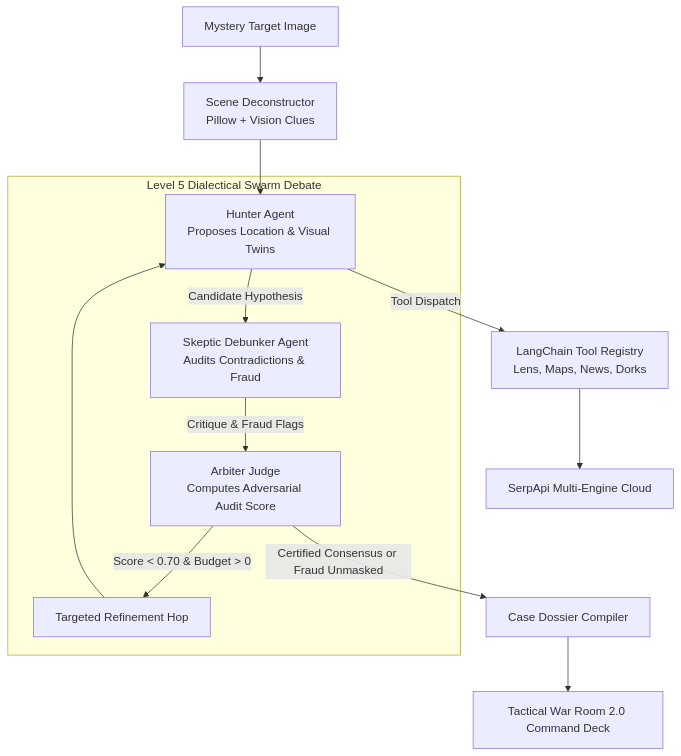
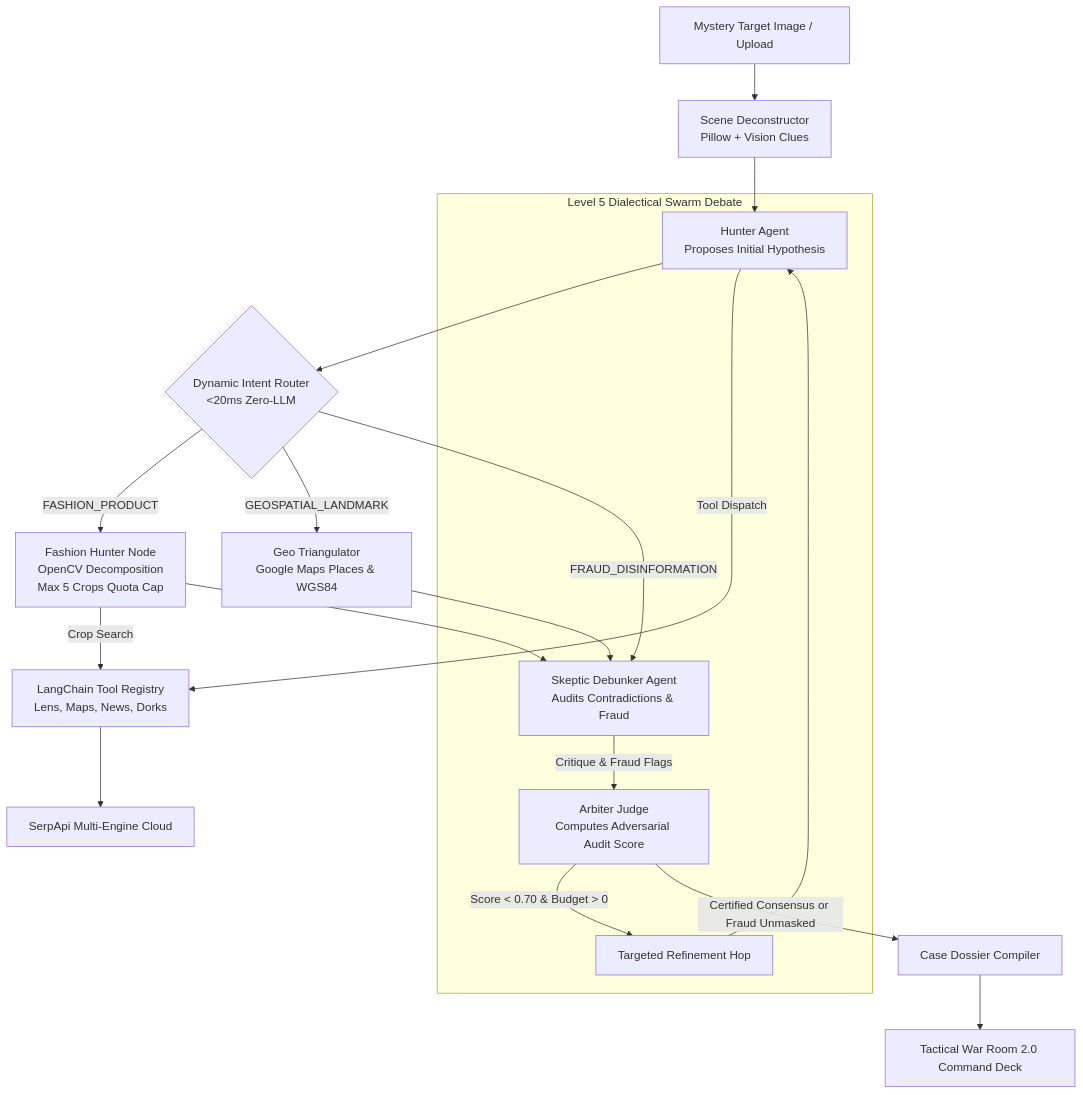
Before and after one commit to Siddhant75/TerraSleuth: the diagram in README.md, drawn with Mermaid. The commit also changed other lines of this file and 10 other files, not shown here.

````diff
--- a/README.md
+++ b/README.md
@@ -74,18 +79,26 @@
 ```mermaid
 graph TD
-    Input[Mystery Target Image] --> Deconstruct[Scene Deconstructor<br>Pillow + Vision Clues]
-    Deconstruct --> Hunter[Hunter Agent<br>Proposes Location & Visual Twins]
+    Input[Mystery Target Image / Upload] --> Deconstruct[Scene Deconstructor<br>Pillow + Vision Clues]
+    Deconstruct --> Hunter[Hunter Agent<br>Proposes Initial Hypothesis]
+    
+    Hunter --> IntentCheck{"Dynamic Intent Router<br>&lt;20ms Zero-LLM"}
+    IntentCheck -->|FASHION_PRODUCT| FashionHunter[Fashion Hunter Node<br>OpenCV Decomposition<br>Max 5 Crops Quota Cap]
+    IntentCheck -->|GEOSPATIAL_LANDMARK| GeoTriangulator[Geo Triangulator<br>Google Maps Places & WGS84]
+    IntentCheck -->|FRAUD_DISINFORMATION| Skeptic
+    
+    FashionHunter --> Skeptic[Skeptic Debunker Agent<br>Audits Contradictions & Fraud]
+    GeoTriangulator --> Skeptic
     
     subgraph SwarmDebate [Level 5 Dialectical Swarm Debate]
-        Hunter -->|Candidate Hypothesis| Skeptic[Skeptic Debunker Agent<br>Audits Contradictions & Fraud]
         Skeptic -->|Critique & Fraud Flags| Arbiter[Arbiter Judge<br>Computes Adversarial Audit Score]
         Arbiter -->|"Score < 0.70 & Budget > 0"| Refine[Targeted Refinement Hop]
         Refine --> Hunter
     end
     
     Hunter -->|Tool Dispatch| ToolReg[LangChain Tool Registry<br>Lens, Maps, News, Dorks]
+    FashionHunter -->|Crop Search| ToolReg
     ToolReg --> SerpApiGW[SerpApi Multi-Engine Cloud]
     
     Arbiter -->|Certified Consensus or Fraud Unmasked| Compiler[Case Dossier Compiler]
     Compiler --> Deck[Tactical War Room 2.0 Command Deck]
 ```
````
